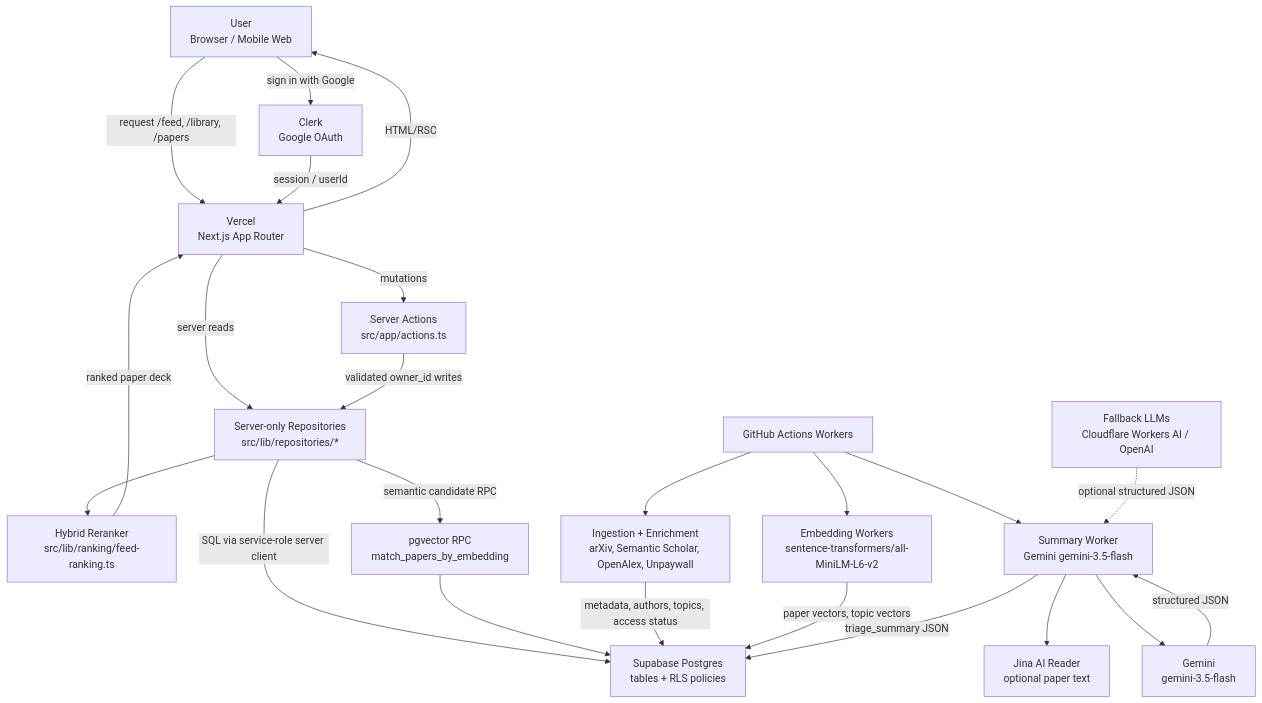
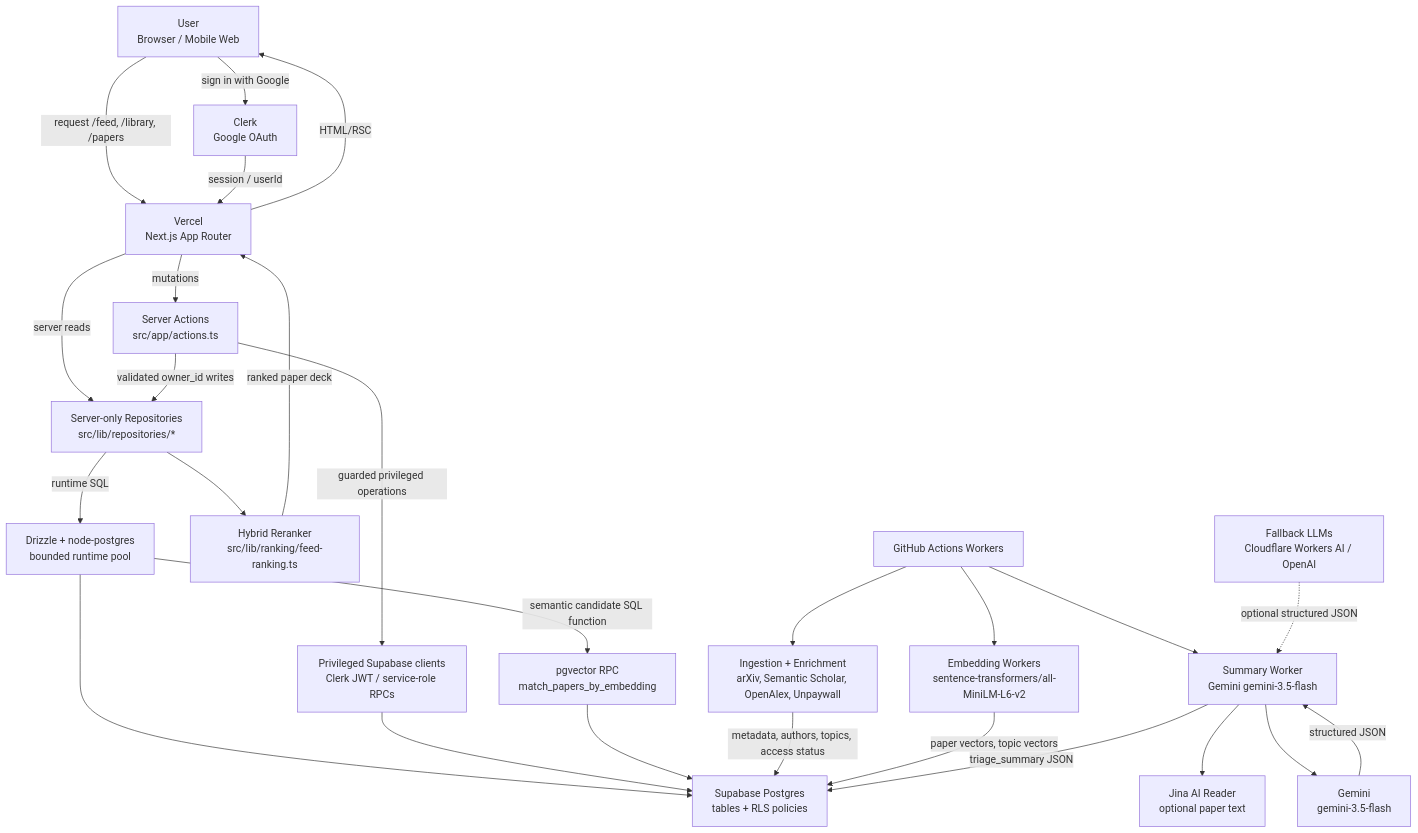
The first of 6 diagrams in docs/architecture.md (Mik1810/PaperDeck), drawn with Mermaid before and after one commit. The commit also changed other lines of this file and 11 other files, not shown here.

Commit message:
docs: reconcile current architecture for issue 226 (#240)

````diff
--- a/docs/architecture.md
+++ b/docs/architecture.md
@@ -25,42 +33,47 @@
 ```mermaid
 flowchart TB
   user["User<br/>Browser / Mobile Web"]
   vercel["Vercel<br/>Next.js App Router"]
   clerk["Clerk<br/>Google OAuth"]
   actions["Server Actions<br/>src/app/actions.ts"]
   repos["Server-only Repositories<br/>src/lib/repositories/*"]
+  runtimeDb["Drizzle + node-postgres<br/>bounded runtime pool"]
+  privileged["Privileged Supabase clients<br/>Clerk JWT / service-role RPCs"]
   ranking["Hybrid Reranker<br/>src/lib/ranking/feed-ranking.ts"]
   supabase["Supabase Postgres<br/>tables + RLS policies"]
   pgvector["pgvector RPC<br/>match_papers_by_embedding"]
   ghActions["GitHub Actions Workers"]
   ingestion["Ingestion + Enrichment<br/>arXiv, Semantic Scholar, OpenAlex, Unpaywall"]
   embeddings["Embedding Workers<br/>sentence-transformers/all-MiniLM-L6-v2"]
   summaries["Summary Worker<br/>Gemini gemini-3.5-flash"]
   geminiFlash["Gemini<br/>gemini-3.5-flash"]
   fallbackModels["Fallback LLMs<br/>Cloudflare Workers AI / OpenAI"]
   jina["Jina AI Reader<br/>optional paper text"]
 
   user -->|"request /feed, /library, /papers"| vercel
   user -->|"sign in with Google"| clerk
   clerk -->|"session / userId"| vercel
   vercel -->|"mutations"| actions
   vercel -->|"server reads"| repos
   actions -->|"validated owner_id writes"| repos
-  repos -->|"SQL via service-role server client"| supabase
-  repos -->|"semantic candidate RPC"| pgvector
+  repos -->|"runtime SQL"| runtimeDb
+  runtimeDb --> supabase
+  actions -->|"guarded privileged operations"| privileged
+  privileged --> supabase
+  runtimeDb -->|"semantic candidate SQL function"| pgvector
   pgvector --> supabase
   repos --> ranking
   ranking -->|"ranked paper deck"| vercel
   vercel -->|"HTML/RSC"| user
 
   ghActions --> ingestion
   ingestion -->|"metadata, authors, topics, access status"| supabase
   ghActions --> embeddings
   embeddings -->|"paper vectors, topic vectors"| supabase
   ghActions --> summaries
   summaries --> jina
   summaries --> geminiFlash
   geminiFlash -->|"structured JSON"| summaries
   fallbackModels -. optional structured JSON .-> summaries
   summaries -->|"triage_summary JSON"| supabase
 ```
````
